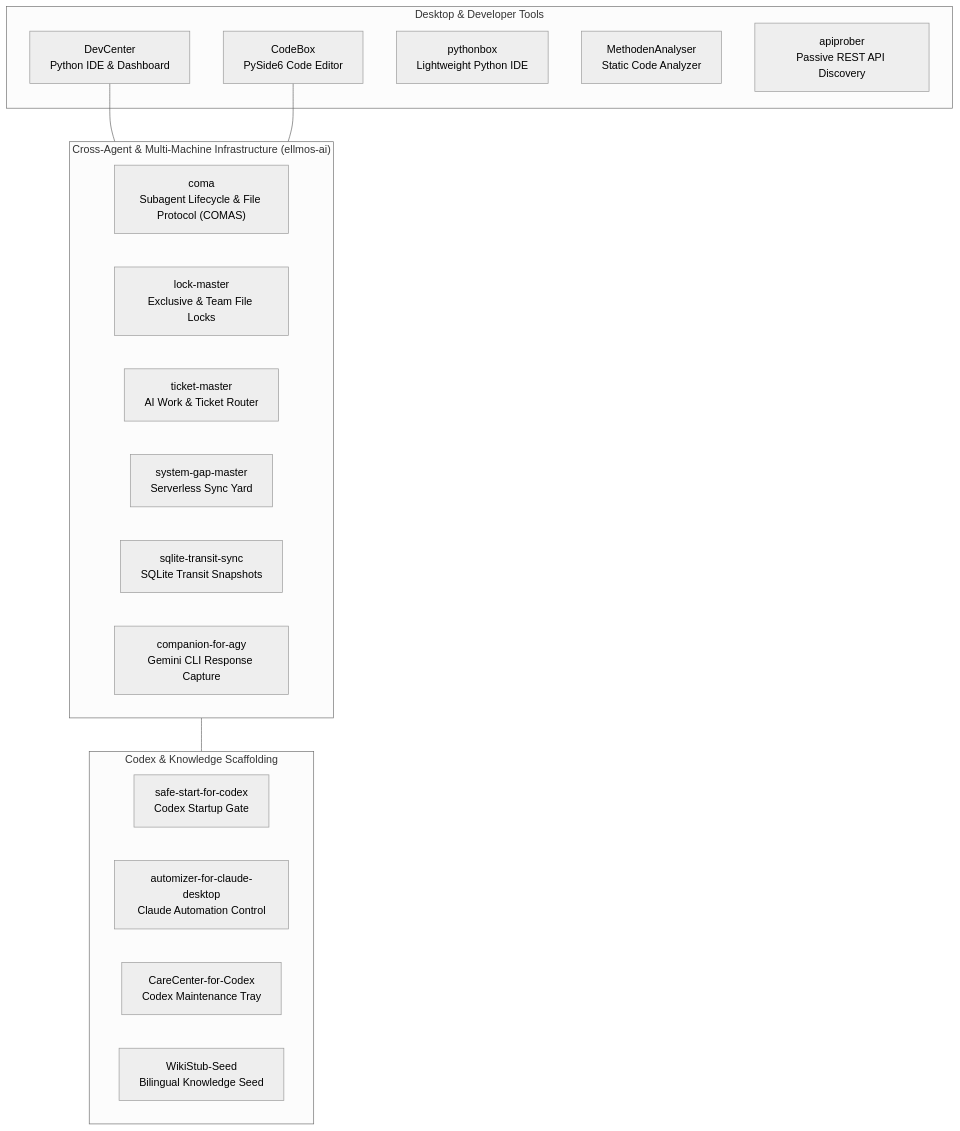
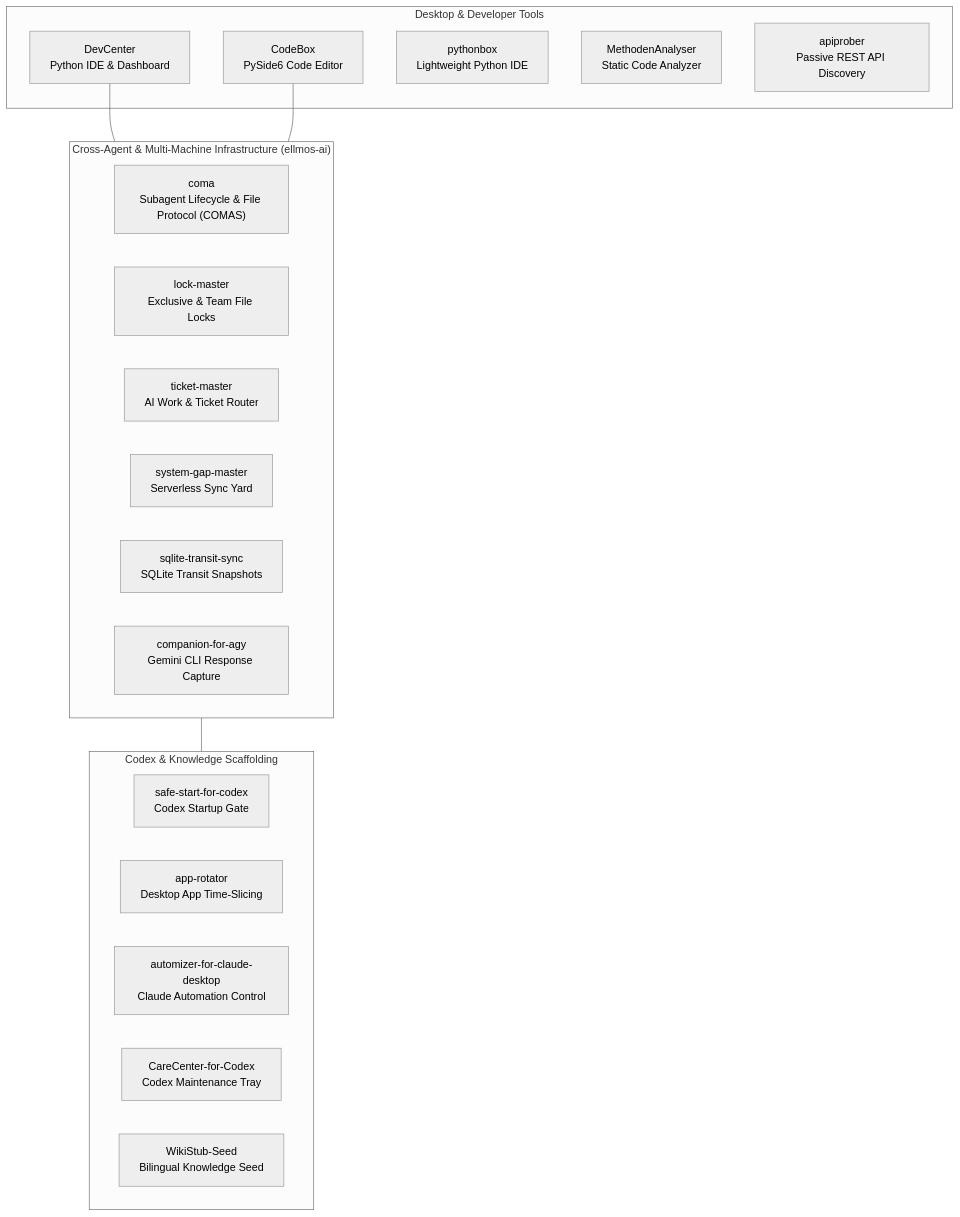
Before and after one commit to dev-bricks/.github: the diagram in profile/README.md, drawn with Mermaid (neutral theme). The commit also changed other lines of this file and 2 other files, not shown here.

First line of the commit message:
docs: add app-rotator to dev-bricks public index (v0.2.0, 2026-08-30)

````diff
--- a/profile/README.md
+++ b/profile/README.md
@@ -101,30 +104,31 @@
 ```mermaid
 flowchart TD
   subgraph IDE["Desktop & Developer Tools"]
     DC["DevCenter<br/>Python IDE & Dashboard"]
     CB["CodeBox<br/>PySide6 Code Editor"]
     PB["pythonbox<br/>Lightweight Python IDE"]
     MA["MethodenAnalyser<br/>Static Code Analyzer"]
     AP["apiprober<br/>Passive REST API Discovery"]
   end
 
   subgraph INFRA["Cross-Agent & Multi-Machine Infrastructure (ellmos-ai)"]
     COM["coma<br/>Subagent Lifecycle & File Protocol (COMAS)"]
     LM["lock-master<br/>Exclusive & Team File Locks"]
     TM["ticket-master<br/>AI Work & Ticket Router"]
     SGM["system-gap-master<br/>Serverless Sync Yard"]
     STS["sqlite-transit-sync<br/>SQLite Transit Snapshots"]
     AGY["companion-for-agy<br/>Gemini CLI Response Capture"]
   end
 
   subgraph AGENT["Codex & Knowledge Scaffolding"]
     SSC["safe-start-for-codex<br/>Codex Startup Gate"]
+    APR["app-rotator<br/>Desktop App Time-Slicing"]
     ACD["automizer-for-claude-desktop<br/>Claude Automation Control"]
     CCC["CareCenter-for-Codex<br/>Codex Maintenance Tray"]
     WSS["WikiStub-Seed<br/>Bilingual Knowledge Seed"]
   end
 
   DC --- INFRA
   CB --- INFRA
   INFRA --- AGENT
 ```
````
